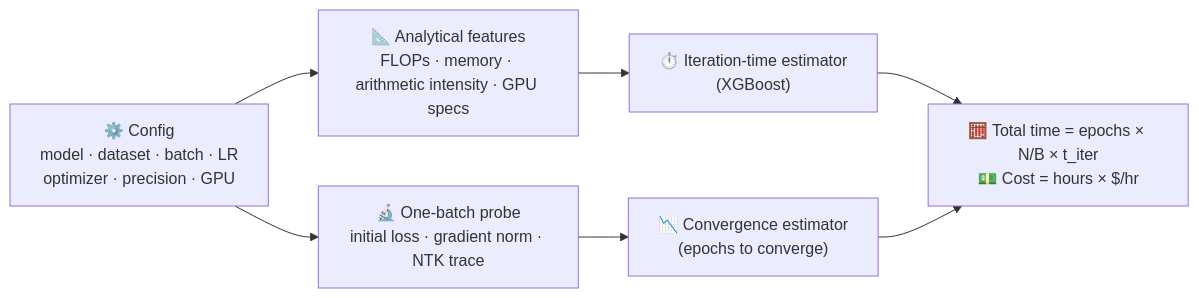
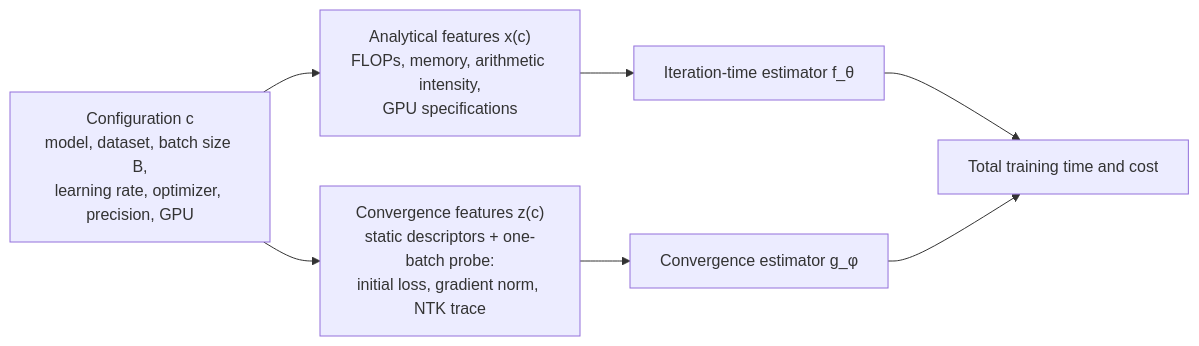
One commit to pacslab/chronos changed the diagram in README.md. Above: the diagram before and after it, drawn with Mermaid. The commit also changed other lines of this file, not shown here.

````diff
--- a/README.md
+++ b/README.md
@@ -32,9 +38,9 @@
 ```mermaid
 flowchart LR
-    A["⚙️ Config<br/>model · dataset · batch · LR<br/>optimizer · precision · GPU"] --> B["📐 Analytical features<br/>FLOPs · memory · arithmetic intensity · GPU specs"]
-    A --> C["🔬 One-batch probe<br/>initial loss · gradient norm · NTK trace"]
-    B --> D["⏱️ Iteration-time estimator<br/>(XGBoost)"]
-    C --> E["📉 Convergence estimator<br/>(epochs to converge)"]
-    D --> F["🧮 Total time = epochs × N/B × t_iter<br/>💵 Cost = hours × $/hr"]
-    E --> F
+    C["Configuration c<br/>model, dataset, batch size B,<br/>learning rate, optimizer, precision, GPU"] --> X["Analytical features x(c)<br/>FLOPs, memory, arithmetic intensity,<br/>GPU specifications"]
+    C --> Z["Convergence features z(c)<br/>static descriptors + one-batch probe:<br/>initial loss, gradient norm, NTK trace"]
+    X --> F["Iteration-time estimator f_θ"]
+    Z --> G["Convergence estimator g_φ"]
+    F --> T["Total training time and cost"]
+    G --> T
 ```
````
